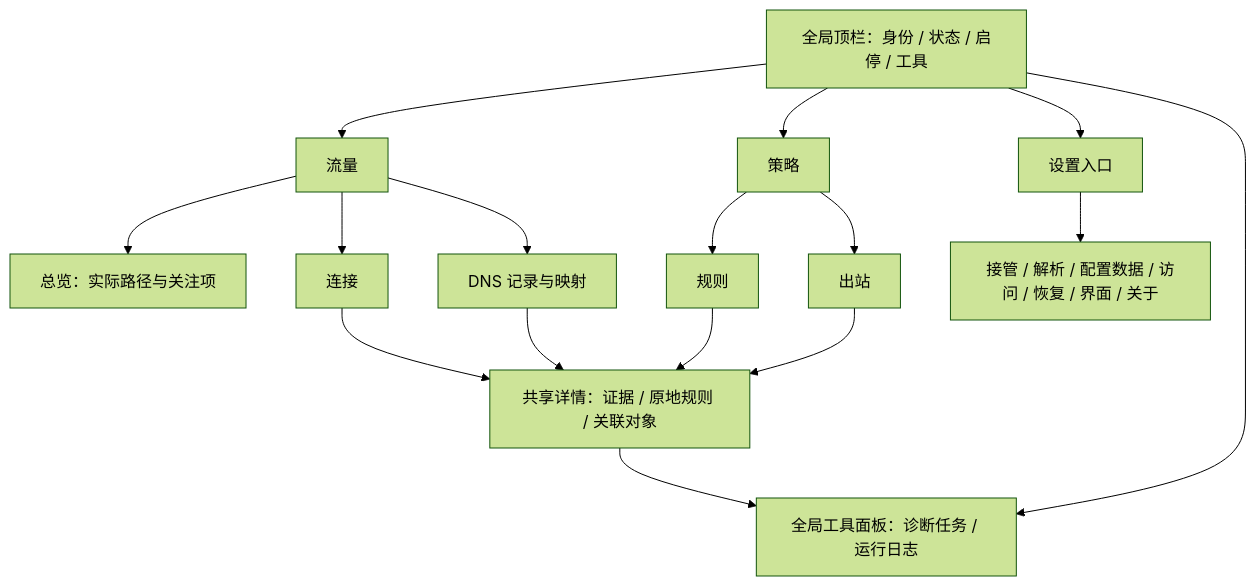
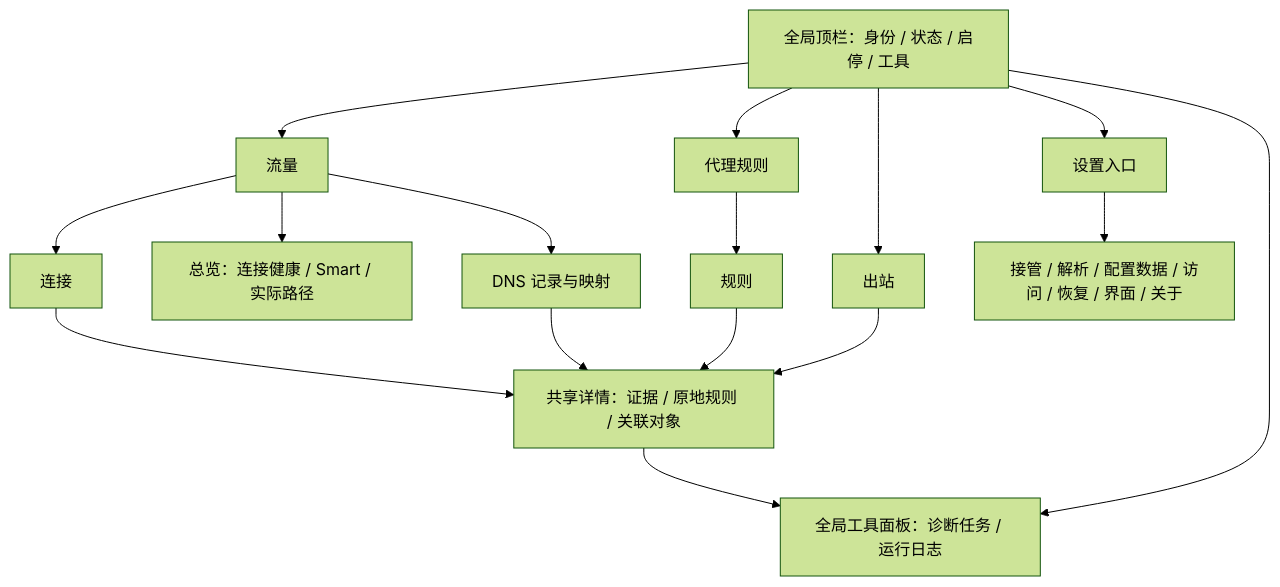
One commit to xjdrew/kone changed the first of 2 diagrams in docs/design-system/kone/MASTER.md. Above: the diagram before and after it, drawn with Mermaid (forest theme). The commit also changed other lines of this file and 313 other files, not shown here.

````diff
--- a/docs/design-system/kone/MASTER.md
+++ b/docs/design-system/kone/MASTER.md
@@ -57,18 +58,18 @@
 ```mermaid
 flowchart TB
   A[全局顶栏：身份 / 状态 / 启停 / 工具] --> F[流量]
-  A --> P[策略]
+  A --> P[代理规则]
+  A --> PO[出站]
   A --> S[设置入口]
-  F --> FO[总览：实际路径与关注项]
+  F --> FO[总览：连接健康 / Smart / 实际路径]
   F --> FC[连接]
   F --> FD[DNS 记录与映射]
   P --> PR[规则]
-  P --> PO[出站]
   S --> SC[接管 / 解析 / 配置数据 / 访问 / 恢复 / 界面 / 关于]
   FC --> I[共享详情：证据 / 原地规则 / 关联对象]
   FD --> I
   PR --> I
   PO --> I
   I --> T[全局工具面板：诊断任务 / 运行日志]
   A --> T
 ```
````
